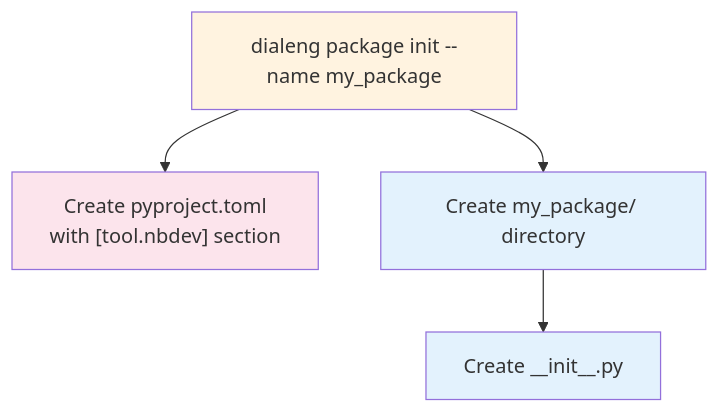
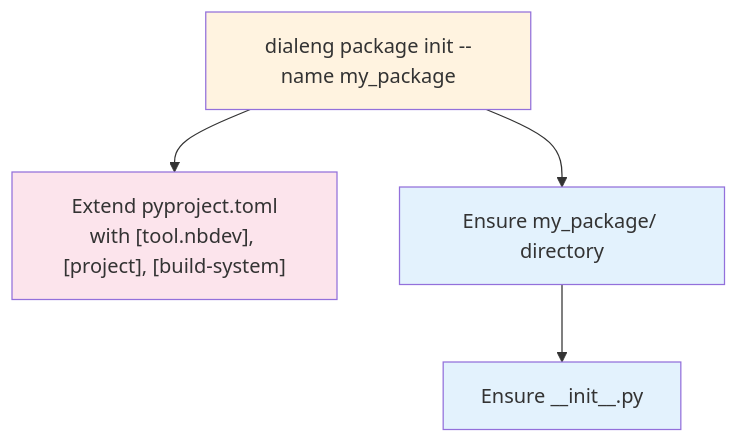
The fourth of 5 diagrams in docs/guides/notebook_to_package.md (sgaseretto/solveish), drawn with Mermaid before and after one commit. The commit also changed other lines of this file and 10 other files, not shown here.

````diff
--- a/docs/guides/notebook_to_package.md
+++ b/docs/guides/notebook_to_package.md
@@ -162,12 +206,12 @@
 ```mermaid
 flowchart TD
     CMD["dialeng package init --name my_package"]
-    CMD --> PYPROJ["Create pyproject.toml<br/>with [tool.nbdev] section"]
-    CMD --> PKGDIR["Create my_package/ directory"]
-    PKGDIR --> INIT["Create __init__.py"]
+    CMD --> PYPROJ["Extend pyproject.toml<br/>with [tool.nbdev], [project], [build-system]"]
+    CMD --> PKGDIR["Ensure my_package/ directory"]
+    PKGDIR --> INIT["Ensure __init__.py"]
 
     style CMD fill:#fff3e0
     style PYPROJ fill:#fce4ec
     style PKGDIR fill:#e3f2fd
     style INIT fill:#e3f2fd
 ```
````
